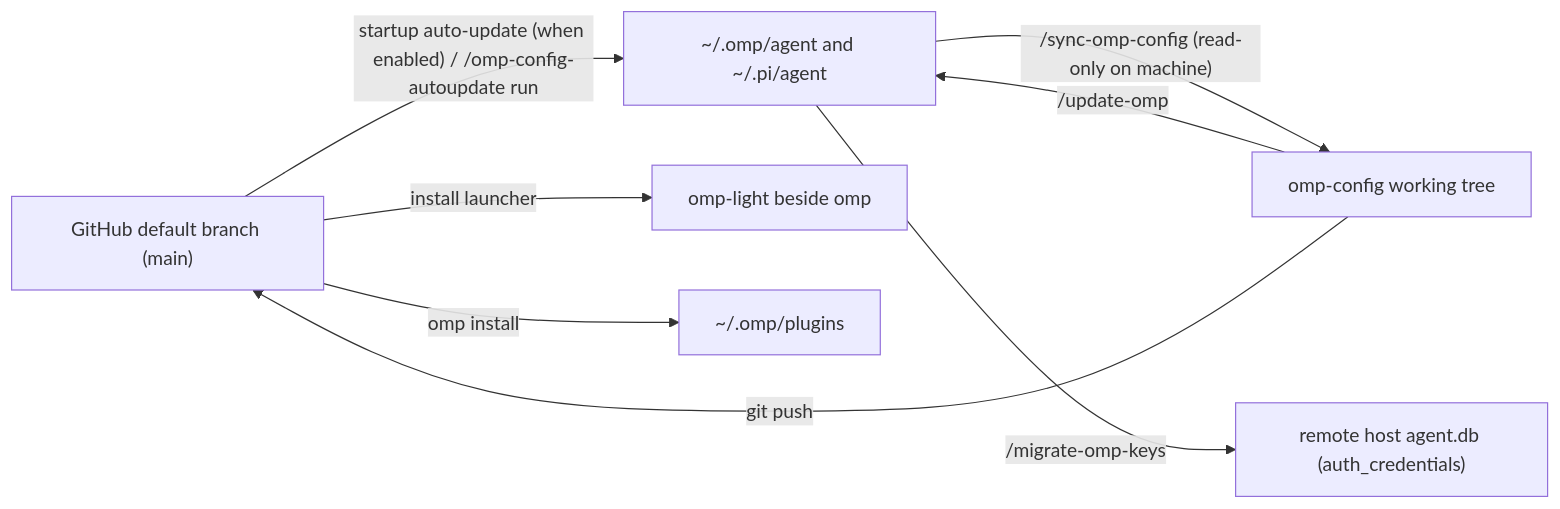
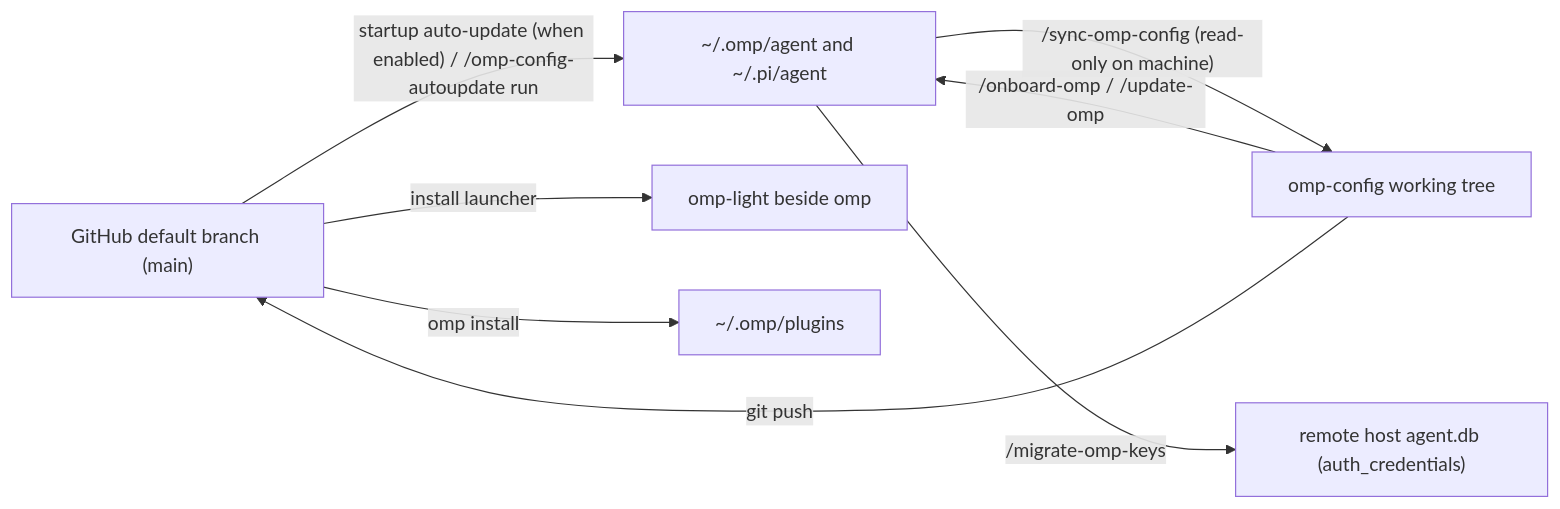
Before and after one commit to oh-my-omp/omp-config: the diagram in docs/operations.md, drawn with Mermaid. The commit also changed other lines of this file and 4 other files, not shown here.

First line of the commit message:
docs(operations): document /onboard-omp command and setup workflow

````diff
--- a/docs/operations.md
+++ b/docs/operations.md
@@ -5,10 +5,10 @@
 ```mermaid
 flowchart LR
   gh["GitHub default branch (main)"] -->|"startup auto-update (when enabled) / /omp-config-autoupdate run"| local["~/.omp/agent and ~/.pi/agent"]
-  repo["omp-config working tree"] -->|"/update-omp"| local
+  repo["omp-config working tree"] -->|"/onboard-omp / /update-omp"| local
   local -->|"/sync-omp-config (read-only on machine)"| repo
   repo -->|"git push"| gh
   gh -->|"install launcher"| light["omp-light beside omp"]
   gh -->|"omp install"| plugins["~/.omp/plugins"]
   local -->|"/migrate-omp-keys"| remote["remote host agent.db (auth_credentials)"]
 ```
````
